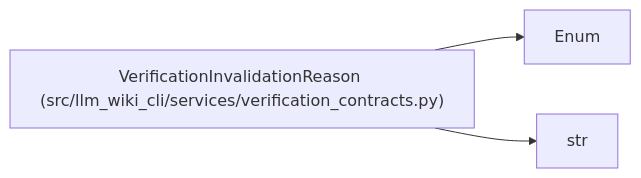
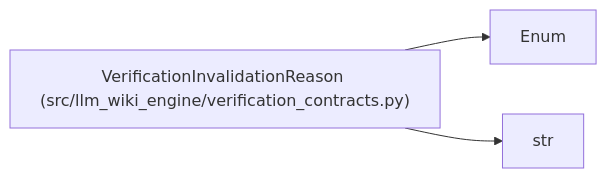
Before and after one commit to Denissvgn/python-wiki-llm: the diagram in docs/llm_wiki/entities/VerificationInvalidationReason.md, drawn with Mermaid. The commit also changed other lines of this file and 1058 other files, not shown here.

````diff
--- a/docs/llm_wiki/entities/VerificationInvalidationReason.md
+++ b/docs/llm_wiki/entities/VerificationInvalidationReason.md
@@ -30,9 +30,9 @@
 ```mermaid
 flowchart LR
-    n0["VerificationInvalidationReason (src/llm_wiki_cli/services/verification_contracts.py)"]
+    n0["VerificationInvalidationReason (src/llm_wiki_engine/verification_contracts.py)"]
     n1["Enum"]
     n2["str"]
     n0 --> n1
     n0 --> n2
     click n0 "../modules/verification_contracts.md"
 ```
````
